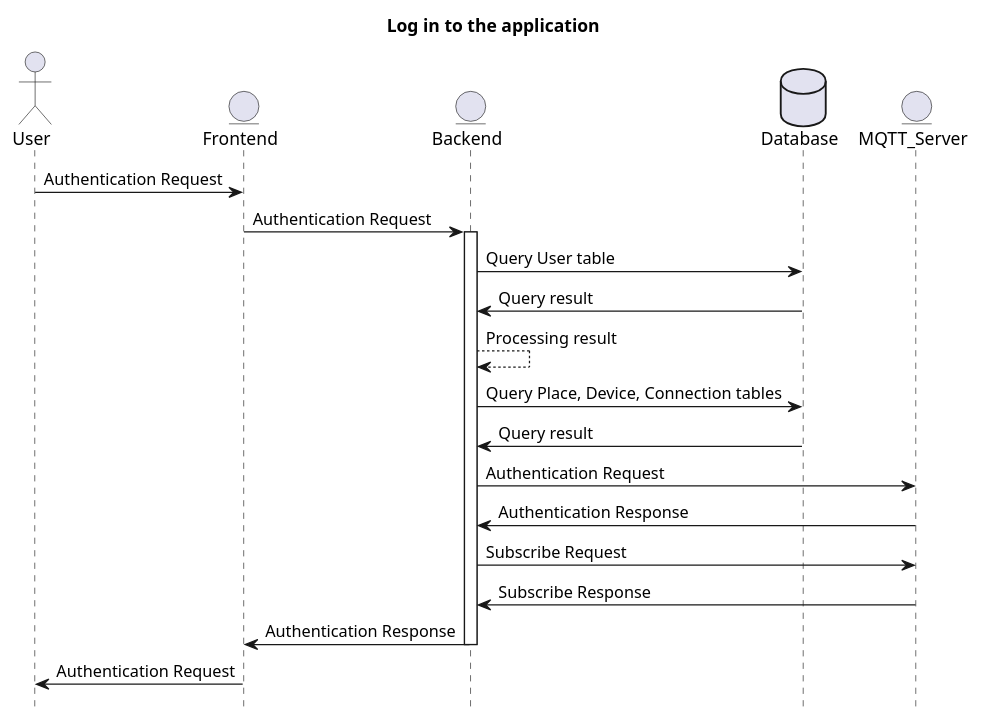
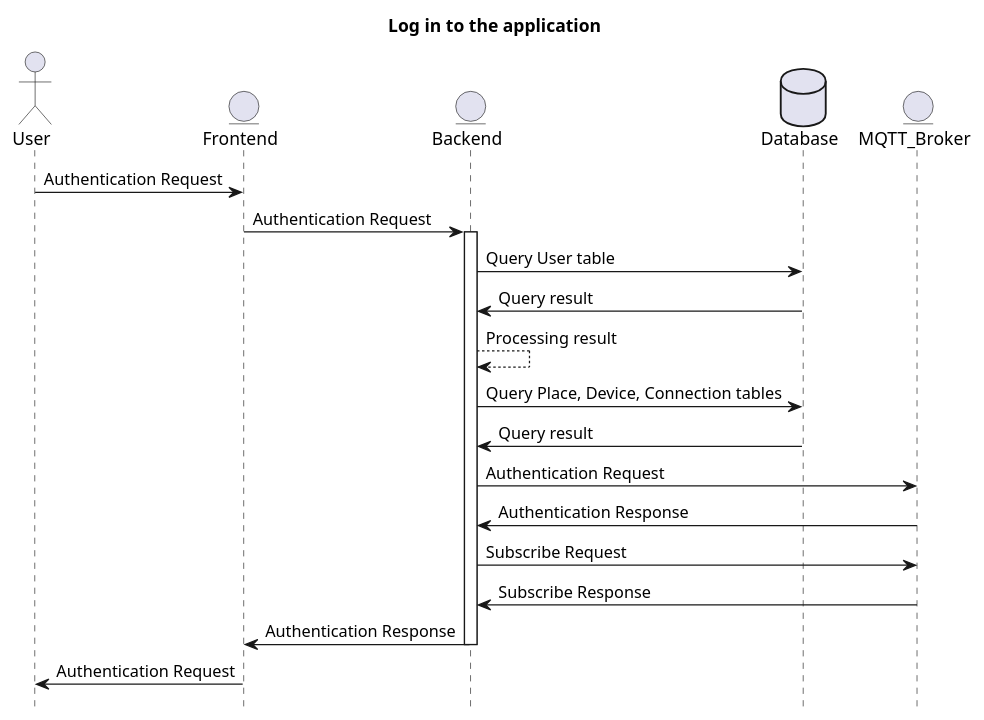
One commit to hectorgastaminza/Iot changed the diagram in comiot/Diagrams/DSeqLogin.puml. Above: the diagram before and after it, drawn with PlantUML. The commit also changed 6 other files, not shown here.

```diff
--- a/comiot/Diagrams/DSeqLogin.puml
+++ b/comiot/Diagrams/DSeqLogin.puml
@@ -1,24 +1,24 @@
 @startuml
 hide footbox
 title Log in to the application
 actor User
 entity Frontend
 entity Backend
 database Database
-entity MQTT_Server
+entity MQTT_Broker
 User -> Frontend: Authentication Request
 Frontend -> Backend: Authentication Request
 activate Backend
 Backend -> Database: Query User table
 Database -> Backend: Query result
 Backend --> Backend: Processing result
 Backend -> Database: Query Place, Device, Connection tables
 Database -> Backend: Query result
-Backend -> MQTT_Server : Authentication Request
-MQTT_Server  -> Backend : Authentication Response
-Backend -> MQTT_Server : Subscribe Request
-MQTT_Server  -> Backend : Subscribe Response
+Backend -> MQTT_Broker : Authentication Request
+MQTT_Broker  -> Backend : Authentication Response
+Backend -> MQTT_Broker : Subscribe Request
+MQTT_Broker  -> Backend : Subscribe Response
 Backend -> Frontend: Authentication Response
 deactivate Backend
 Frontend -> User: Authentication Request
 @enduml
```
